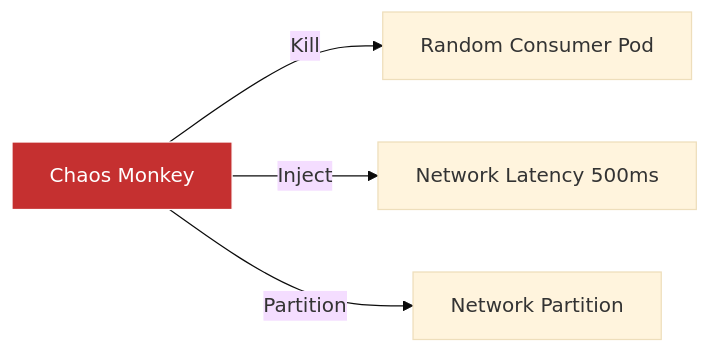
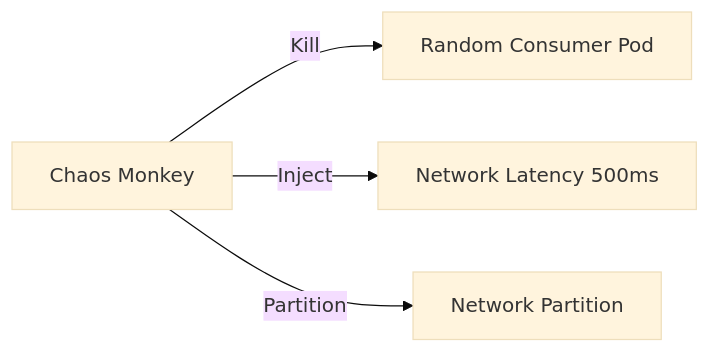
Before and after one commit to gchaitanyabharath9/omnigcloud: the eighth of 8 diagrams in src/app/[locale]/research/papers/a2-high-throughput-distributed-systems/A2-PAPER-FULL.md, drawn with Mermaid (base theme). The commit also changed other lines of this file and 40 other files, not shown here.

````diff
--- a/src/app/[locale]/research/papers/a2-high-throughput-distributed-systems/A2-PAPER-FULL.md
+++ b/src/app/[locale]/research/papers/a2-high-throughput-distributed-systems/A2-PAPER-FULL.md
@@ -616,10 +665,15 @@
 ```mermaid
 graph LR
-    Chaos[Chaos Monkey]
-    
-    Chaos -->|Kill| Pod[Random Consumer Pod]
-    Chaos -->|Inject| Latency[Network Latency 500ms]
-    Chaos -->|Partition| Split[Network Partition]
-    
-    style Chaos fill:#c53030,color:white,stroke:#fff
+    classDef Control fill:#4E79A7,stroke:#2C3E50,color:#fff;
+    classDef Data fill:#59A14F,stroke:#274E13,color:#fff;
+    classDef Policy fill:#9C6ADE,stroke:#4B0082,color:#fff;
+    classDef Obs fill:#F28E2B,stroke:#8B4513,color:#fff;
+    classDef Risk fill:#E15759,stroke:#7B241C,color:#fff;
+    classDef State fill:#76B7B2,stroke:#0E6251,color:#fff;
+    classDef Actor fill:#BAB0AC,stroke:#515A5A,color:#000;
+    Chaos["Chaos Monkey"]
+    Chaos -->|Kill| Pod["Random Consumer Pod"]
+    Chaos -->|Inject| Latency["Network Latency 500ms"]
+    Chaos -->|Partition| Split["Network Partition"]
+
 ```
````
